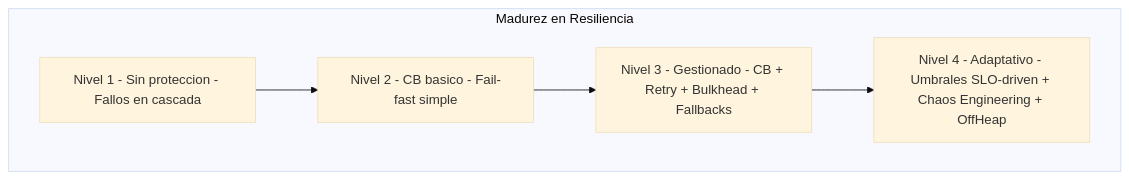
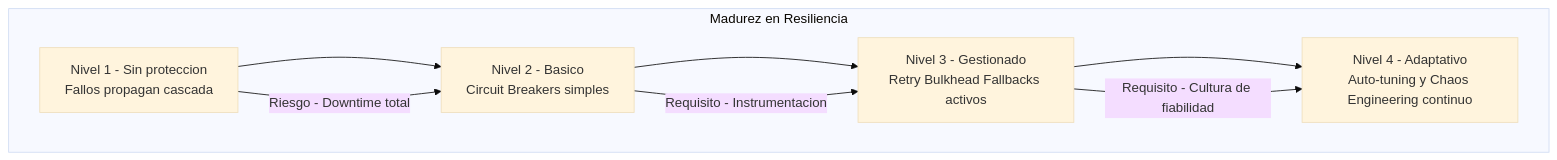
Before and after one commit to Joaquinriosheredia/DAM-Java-Mastery: the fourth of 4 diagrams in 03_Spring_Ecosystem/resilience4j_circuit_breaker_retry_bulkhead_spring_boot_3_STAFF.md, drawn with Mermaid (base theme). The commit also changed other lines of this file, not shown here.

Commit message:
resilience4j_circuit_breaker_retry_bulkhead_spring_boot_3_STAFF.md

````diff
--- a/03_Spring_Ecosystem/resilience4j_circuit_breaker_retry_bulkhead_spring_boot_3_STAFF.md
+++ b/03_Spring_Ecosystem/resilience4j_circuit_breaker_retry_bulkhead_spring_boot_3_STAFF.md
@@ -641,9 +763,13 @@
 ```mermaid
 graph TD
     subgraph "Madurez en Resiliencia"
-        L1[Nivel 1 - Sin proteccion - Fallos en cascada] --> L2
-        L2[Nivel 2 - CB basico - Fail-fast simple] --> L3
-        L3[Nivel 3 - Gestionado - CB + Retry + Bulkhead + Fallbacks] --> L4
-        L4[Nivel 4 - Adaptativo - Umbrales SLO-driven + Chaos Engineering + OffHeap]
+        L1[Nivel 1 - Sin proteccion<br/>Fallos propagan cascada] --> L2
+        L2[Nivel 2 - Basico<br/>Circuit Breakers simples] --> L3
+        L3[Nivel 3 - Gestionado<br/>Retry Bulkhead Fallbacks activos] --> L4
+        L4[Nivel 4 - Adaptativo<br/>Auto-tuning y Chaos Engineering continuo]
     end
+    
+    L1 -->|Riesgo - Downtime total| L2
+    L2 -->|Requisito - Instrumentacion| L3
+    L3 -->|Requisito - Cultura de fiabilidad| L4
 ```
````
